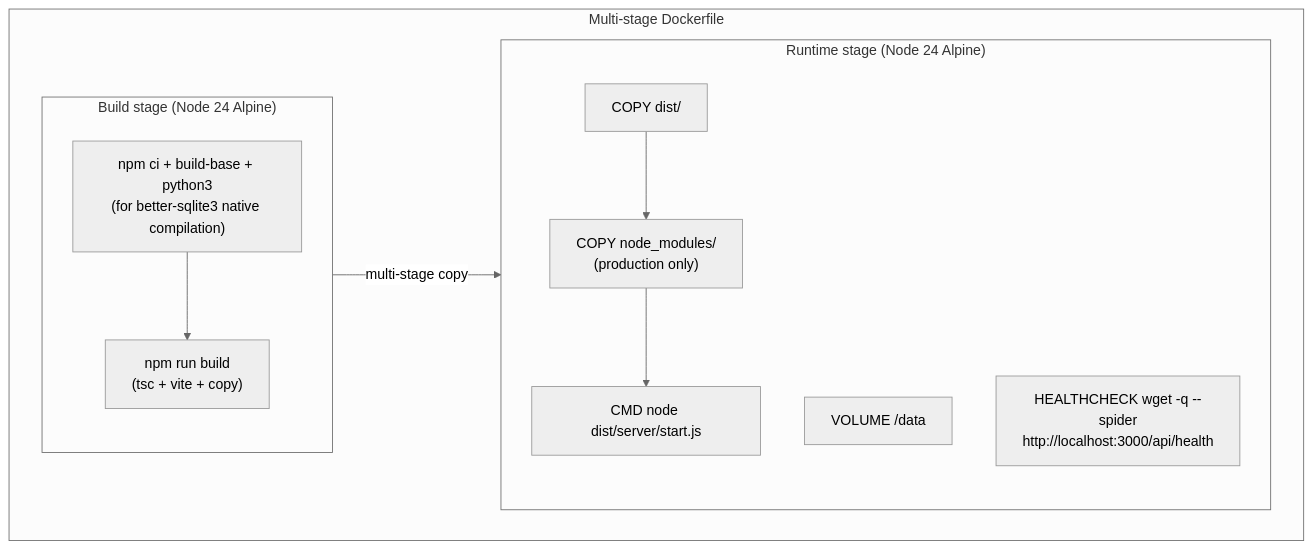
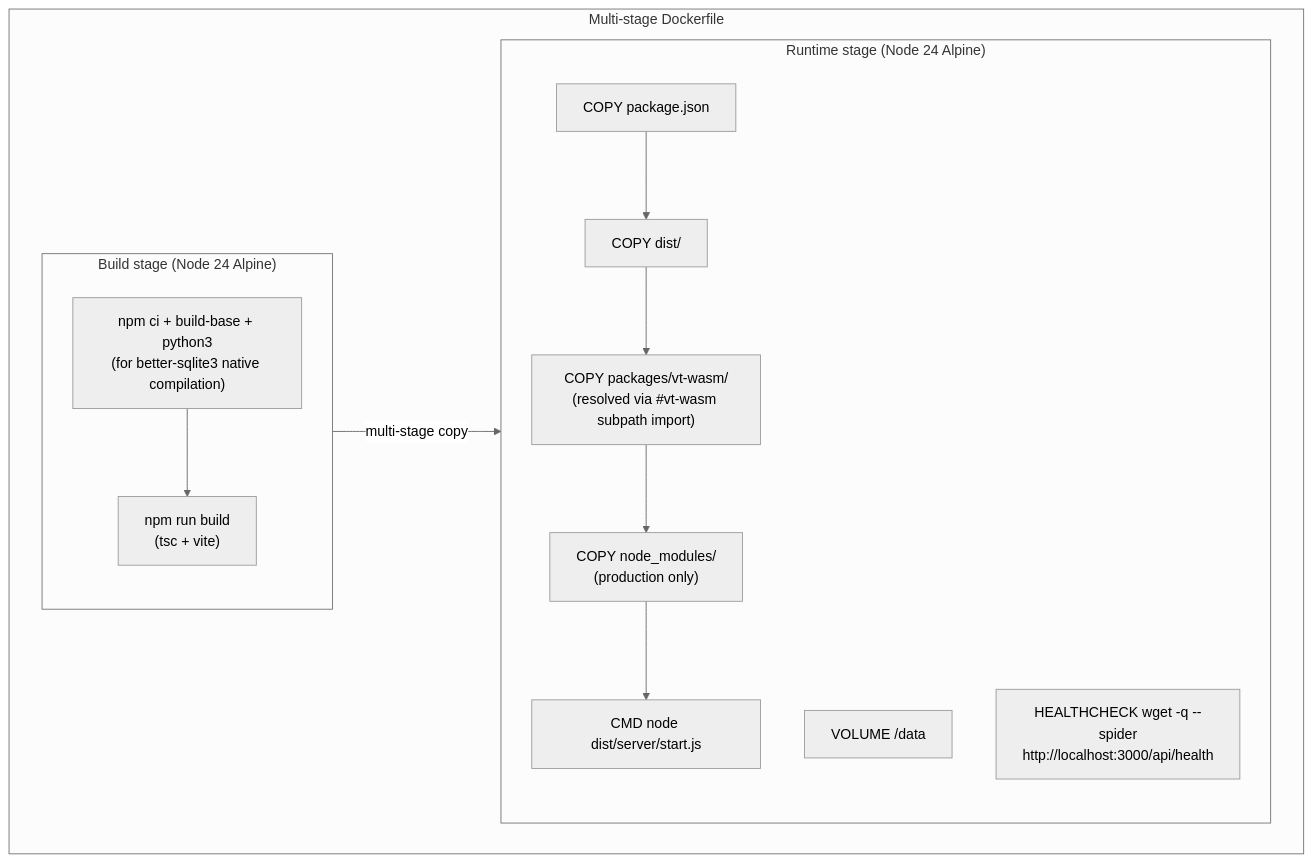
One commit to thiscantbeserious/erika changed the sixth of 6 diagrams in .state/harden-foundation-a1a2/ADR.md. Above: the diagram before and after it, drawn with Mermaid (neutral theme). The commit also changed other lines of this file, not shown here.

````diff
--- a/.state/harden-foundation-a1a2/ADR.md
+++ b/.state/harden-foundation-a1a2/ADR.md
@@ -298,21 +328,23 @@
 ```mermaid
 flowchart TB
     subgraph Dockerfile["Multi-stage Dockerfile"]
         subgraph BuildStage["Build stage (Node 24 Alpine)"]
             Install["npm ci + build-base + python3<br/>(for better-sqlite3 native compilation)"]
-            BuildCmd["npm run build<br/>(tsc + vite + copy)"]
+            BuildCmd["npm run build<br/>(tsc + vite)"]
             Install --> BuildCmd
         end
 
         subgraph RuntimeStage["Runtime stage (Node 24 Alpine)"]
+            CopyPkg["COPY package.json"]
             CopyDist["COPY dist/"]
+            CopyWasm["COPY packages/vt-wasm/<br/>(resolved via #vt-wasm subpath import)"]
             CopyModules["COPY node_modules/<br/>(production only)"]
             CopyData["VOLUME /data"]
             Start["CMD node dist/server/start.js"]
             Health["HEALTHCHECK wget -q --spider<br/>http://localhost:3000/api/health"]
-            CopyDist --> CopyModules --> Start
+            CopyPkg --> CopyDist --> CopyWasm --> CopyModules --> Start
         end
 
         BuildStage -->|"multi-stage copy"| RuntimeStage
     end
 ```
````
